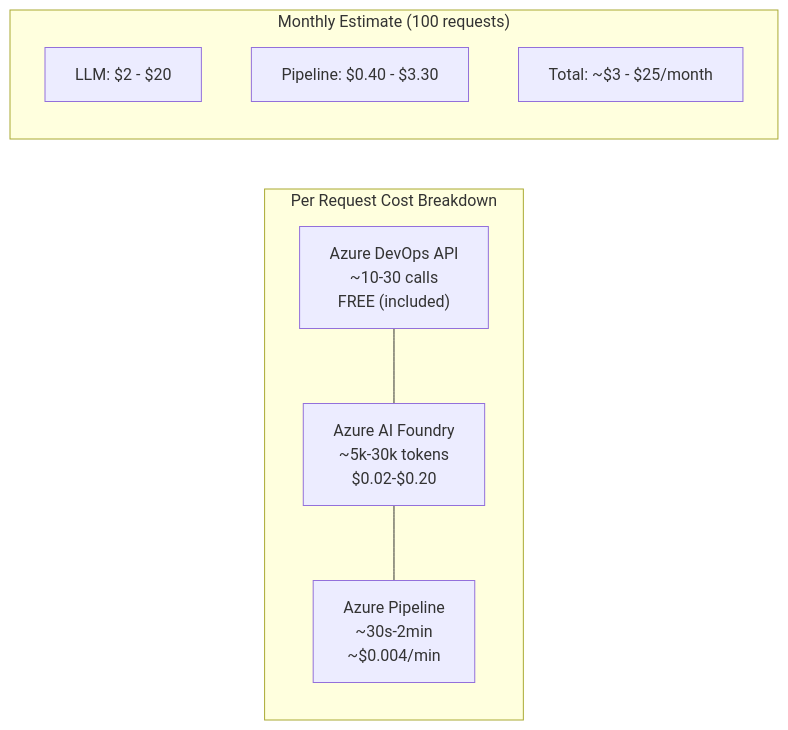
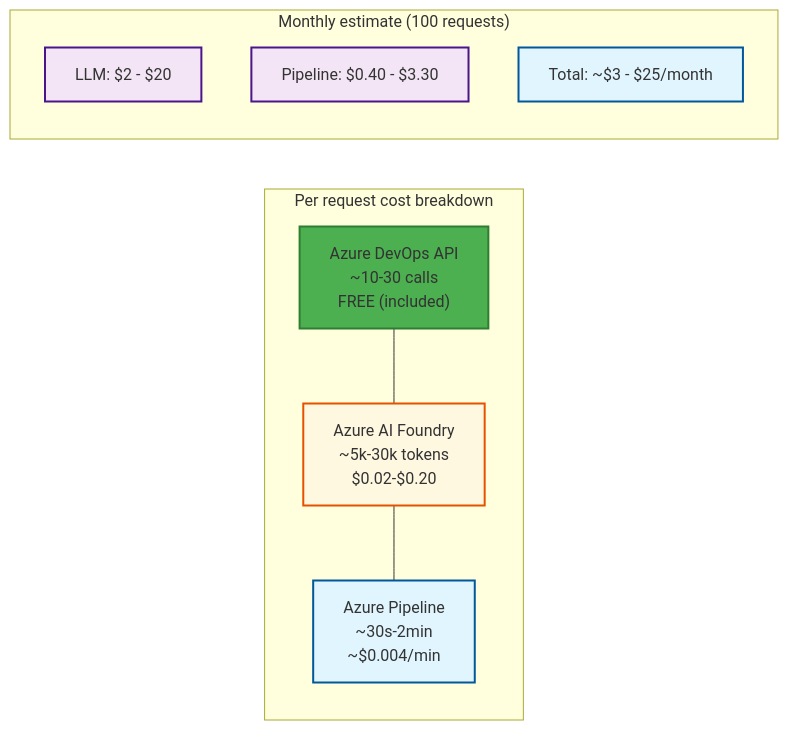
The eighth of 9 diagrams in README.md (victorvos/devops_agent), drawn with Mermaid before and after one commit. The commit also changed other lines of this file and 8 other files, not shown here.

First line of the commit message:
Apply team coding standards: Mermaid palette, test structure, workflow guidelines

````diff
--- a/README.md
+++ b/README.md
@@ -439,15 +478,23 @@
 ```mermaid
 graph LR
-    subgraph "Per Request Cost Breakdown"
+    subgraph "Per request cost breakdown"
         direction TB
         A1["Azure DevOps API<br/>~10-30 calls<br/>FREE (included)"] --- A2["Azure AI Foundry<br/>~5k-30k tokens<br/>$0.02-$0.20"]
         A2 --- A3["Azure Pipeline<br/>~30s-2min<br/>~$0.004/min"]
     end
 
-    subgraph "Monthly Estimate (100 requests)"
+    subgraph "Monthly estimate (100 requests)"
         direction TB
         B1["LLM: $2 - $20"]
         B2["Pipeline: $0.40 - $3.30"]
         B3["Total: ~$3 - $25/month"]
     end
+
+    %% Styling
+    style A1 fill:#4caf50,stroke:#2e7d32,stroke-width:2px,color:#white
+    style A2 fill:#fff8e1,stroke:#e65100,stroke-width:2px,color:#black
+    style A3 fill:#e1f5fe,stroke:#01579b,stroke-width:2px,color:#black
+    style B1 fill:#f3e5f5,stroke:#4a148c,stroke-width:2px,color:#black
+    style B2 fill:#f3e5f5,stroke:#4a148c,stroke-width:2px,color:#black
+    style B3 fill:#e1f5fe,stroke:#01579b,stroke-width:2px,color:#black
 ```
````
